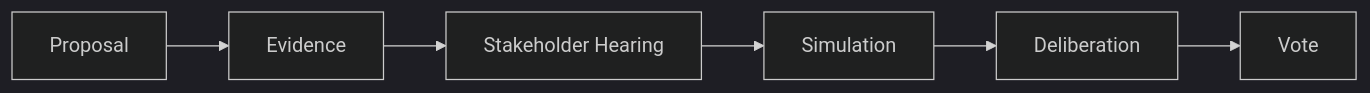
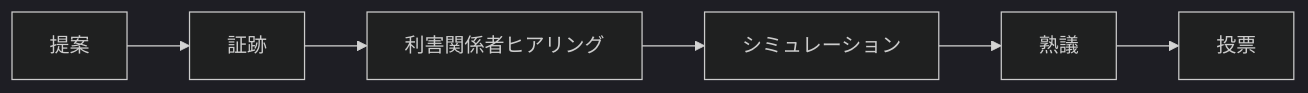
One commit to ShigeichiroYamasaki/creator-first-platform changed the sixth of 23 diagrams in docs/whitepaper/07-governance.md. Above: the diagram before and after it, drawn with Mermaid (dark theme). The commit also changed other lines of this file and 72 other files, not shown here.

````diff
--- a/docs/whitepaper/07-governance.md
+++ b/docs/whitepaper/07-governance.md
@@ -326,11 +326,11 @@
 ```mermaid
 flowchart LR
-    PROP[Proposal]
-    EVID[Evidence]
-    HEAR[Stakeholder Hearing]
-    SIM[Simulation]
-    DELIB[Deliberation]
-    VOTE[Vote]
+    PROP[提案]
+    EVID[証跡]
+    HEAR[利害関係者ヒアリング]
+    SIM[シミュレーション]
+    DELIB[熟議]
+    VOTE[投票]
 
     PROP --> EVID --> HEAR --> SIM --> DELIB --> VOTE
 ```
````
